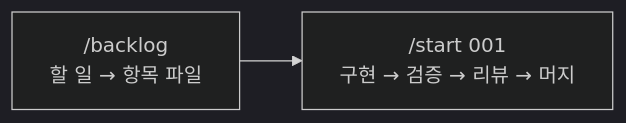
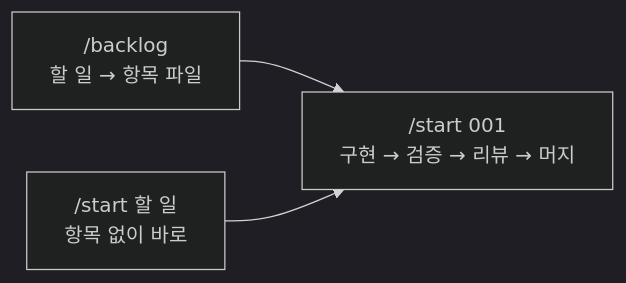
One commit to JiHoon777/j-dev-kit changed the first of 2 diagrams in README.md. Above: the diagram before and after it, drawn with Mermaid (dark theme). The commit also changed other lines of this file and 334 other files, not shown here.

````diff
--- a/README.md
+++ b/README.md
@@ -7,4 +7,5 @@
 ```mermaid
 flowchart LR
   C["/backlog<br/>할 일 → 항목 파일"] --> S["/start 001<br/>구현 → 검증 → 리뷰 → 머지"]
+  D["/start 할 일<br/>항목 없이 바로"] --> S
 ```
````
